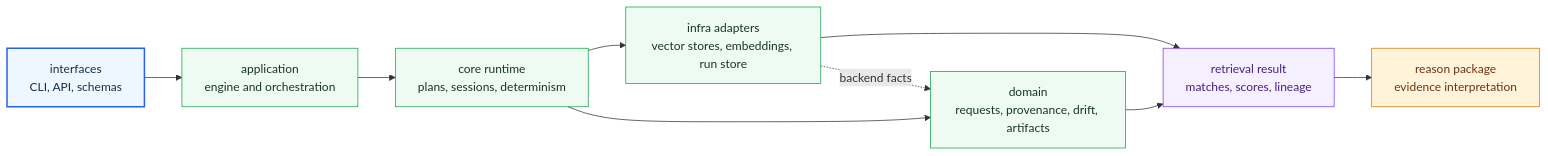
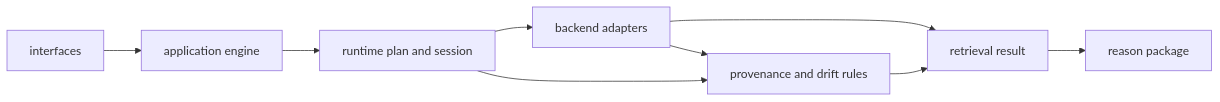
One commit to bijux/bijux-canon changed the diagram in docs/03-bijux-canon-index/architecture/index.md. Above: the diagram before and after it, drawn with Mermaid. The commit also changed other lines of this file, not shown here.

Commit message:
docs(index): simplify retrieval architecture map

````diff
--- a/docs/03-bijux-canon-index/architecture/index.md
+++ b/docs/03-bijux-canon-index/architecture/index.md
@@ -21,23 +21,14 @@
 ```mermaid
 flowchart LR
-    interfaces["interfaces<br/>CLI, API, schemas"]
-    application["application<br/>engine and orchestration"]
-    core["core runtime<br/>plans, sessions, determinism"]
-    infra["infra adapters<br/>vector stores, embeddings, run store"]
-    domain["domain<br/>requests, provenance, drift, artifacts"]
-    result["retrieval result<br/>matches, scores, lineage"]
-    reason["reason package<br/>evidence interpretation"]
+    interfaces["interfaces"]
+    application["application engine"]
+    core["runtime plan and session"]
+    infra["backend adapters"]
+    domain["provenance and drift rules"]
+    result["retrieval result"]
+    reason["reason package"]
 
     interfaces --> application --> core --> infra --> result --> reason
     core --> domain --> result
-    infra -. backend facts .-> domain
-
-    classDef page fill:#eef6ff,stroke:#2563eb,color:#153145,stroke-width:2px;
-    classDef positive fill:#eefbf3,stroke:#16a34a,color:#173622;
-    classDef anchor fill:#f4f0ff,stroke:#7c3aed,color:#47207f;
-    classDef action fill:#fff4da,stroke:#d97706,color:#6b3410;
-    class interfaces page;
-    class application,core,infra,domain positive;
-    class result anchor;
-    class reason action;
+    infra --> domain
 ```
````
